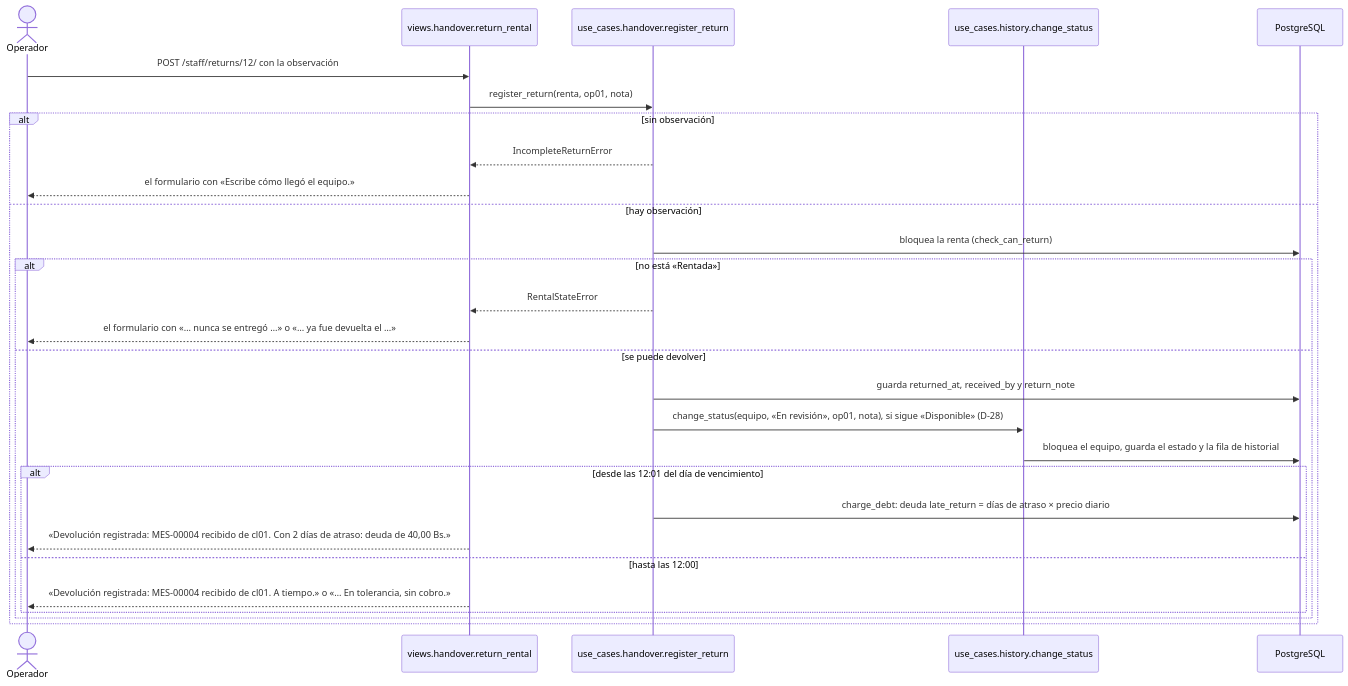
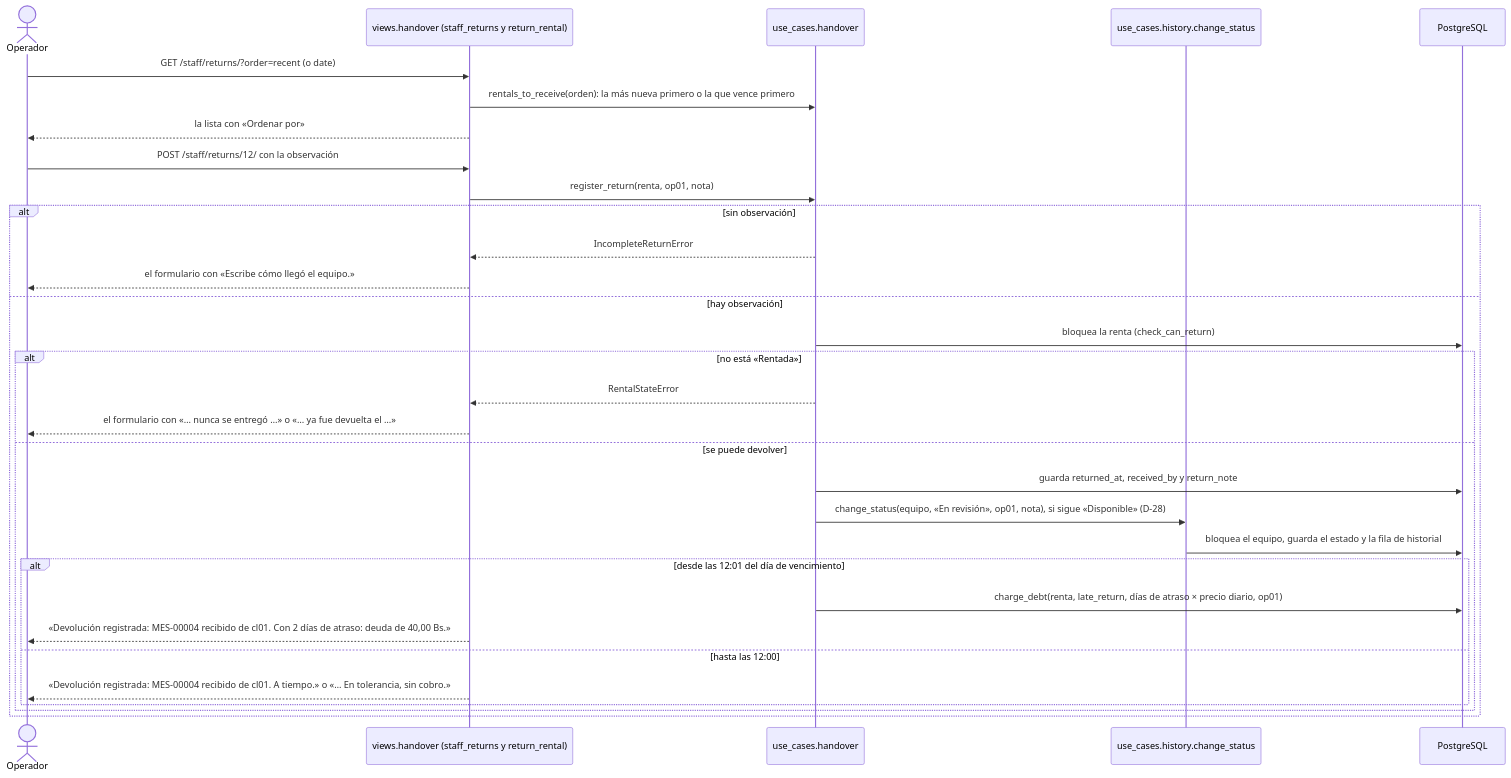
Diagram 18 of 38 in docs/casos-de-uso.md (peterteranb/astra-rent-system), drawn with Mermaid before and after one commit. The commit also changed other lines of this file and 6 other files, not shown here.

Commit message:
docs: client feedback, account use case and activity diagrams

````diff
--- a/docs/casos-de-uso.md
+++ b/docs/casos-de-uso.md
@@ -510,30 +667,33 @@
 ```mermaid
 sequenceDiagram
     actor O as Operador
-    participant V as views.handover.return_rental
-    participant U as use_cases.handover.register_return
+    participant V as views.handover (staff_returns y return_rental)
+    participant U as use_cases.handover
     participant H as use_cases.history.change_status
     participant BD as PostgreSQL
+    O->>V: GET /staff/returns/?order=recent (o date)
+    V->>U: rentals_to_receive(orden): la más nueva primero o la que vence primero
+    V-->>O: la lista con «Ordenar por»
     O->>V: POST /staff/returns/12/ con la observación
     V->>U: register_return(renta, op01, nota)
     alt sin observación
         U-->>V: IncompleteReturnError
         V-->>O: el formulario con «Escribe cómo llegó el equipo.»
     else hay observación
         U->>BD: bloquea la renta (check_can_return)
         alt no está «Rentada»
             U-->>V: RentalStateError
             V-->>O: el formulario con «… nunca se entregó …» o «… ya fue devuelta el …»
         else se puede devolver
             U->>BD: guarda returned_at, received_by y return_note
             U->>H: change_status(equipo, «En revisión», op01, nota), si sigue «Disponible» (D-28)
             H->>BD: bloquea el equipo, guarda el estado y la fila de historial
             alt desde las 12:01 del día de vencimiento
-                U->>BD: charge_debt: deuda late_return = días de atraso × precio diario
+                U->>BD: charge_debt(renta, late_return, días de atraso × precio diario, op01)
                 V-->>O: «Devolución registrada: MES-00004 recibido de cl01. Con 2 días de atraso: deuda de 40,00 Bs.»
             else hasta las 12:00
                 V-->>O: «Devolución registrada: MES-00004 recibido de cl01. A tiempo.» o «… En tolerancia, sin cobro.»
             end
         end
     end
 ```
````
